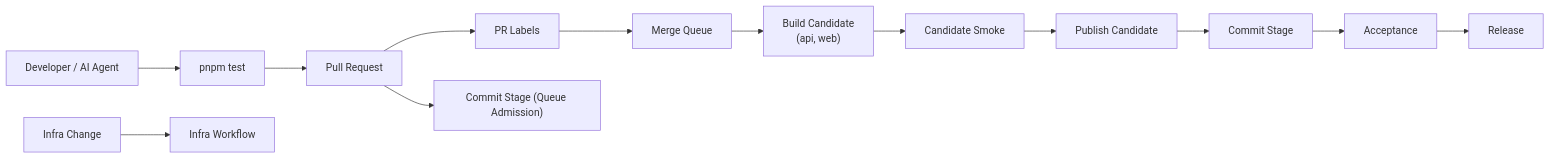
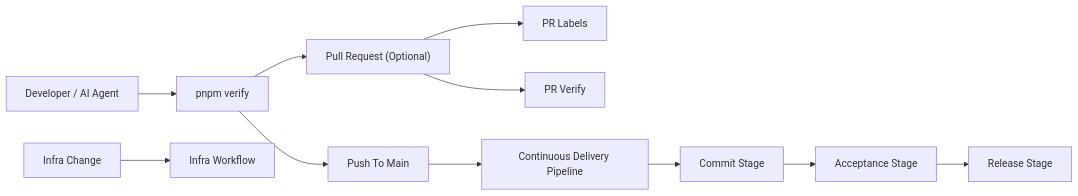
Before and after one commit to glcsolutions-ca/compass: the diagram in platform/pipeline/README.md, drawn with Mermaid. The commit also changed other lines of this file and 75 other files, not shown here.

Commit message:
build: reset continuous delivery pipeline (#293)

````diff
--- a/platform/pipeline/README.md
+++ b/platform/pipeline/README.md
@@ -3,17 +3,15 @@
 ```mermaid
 flowchart LR
-    DEV["Developer / AI Agent"] --> LOCAL["pnpm test"]
-    LOCAL --> PR["Pull Request"]
-    PR --> PF["PR Labels"]
-    PR --> QA["Commit Stage (Queue Admission)"]
-    PF --> MQ["Merge Queue"]
+    DEV["Developer / AI Agent"] --> VERIFY["pnpm verify"]
+    VERIFY --> PR["Pull Request (Optional)"]
+    VERIFY --> MAIN["Push To Main"]
+    PR --> LABELS["PR Labels"]
+    PR --> PRVERIFY["PR Verify"]
+    MAIN --> CDP["Continuous Delivery Pipeline"]
 
-    MQ --> BC["Build Candidate\n(api, web)"]
-    BC --> SM["Candidate Smoke"]
-    SM --> PC["Publish Candidate"]
-    PC --> CS["Commit Stage"]
-    CS --> ACC["Acceptance"]
-    ACC --> REL["Release"]
+    CDP --> COMMIT["Commit Stage"]
+    COMMIT --> ACCEPT["Acceptance Stage"]
+    ACCEPT --> RELEASE["Release Stage"]
 
-    INFRA["Infra Change"] --> IW["Infra Workflow"]
+    INFRA["Infra Change"] --> INFRAWF["Infra Workflow"]
 ```
````
